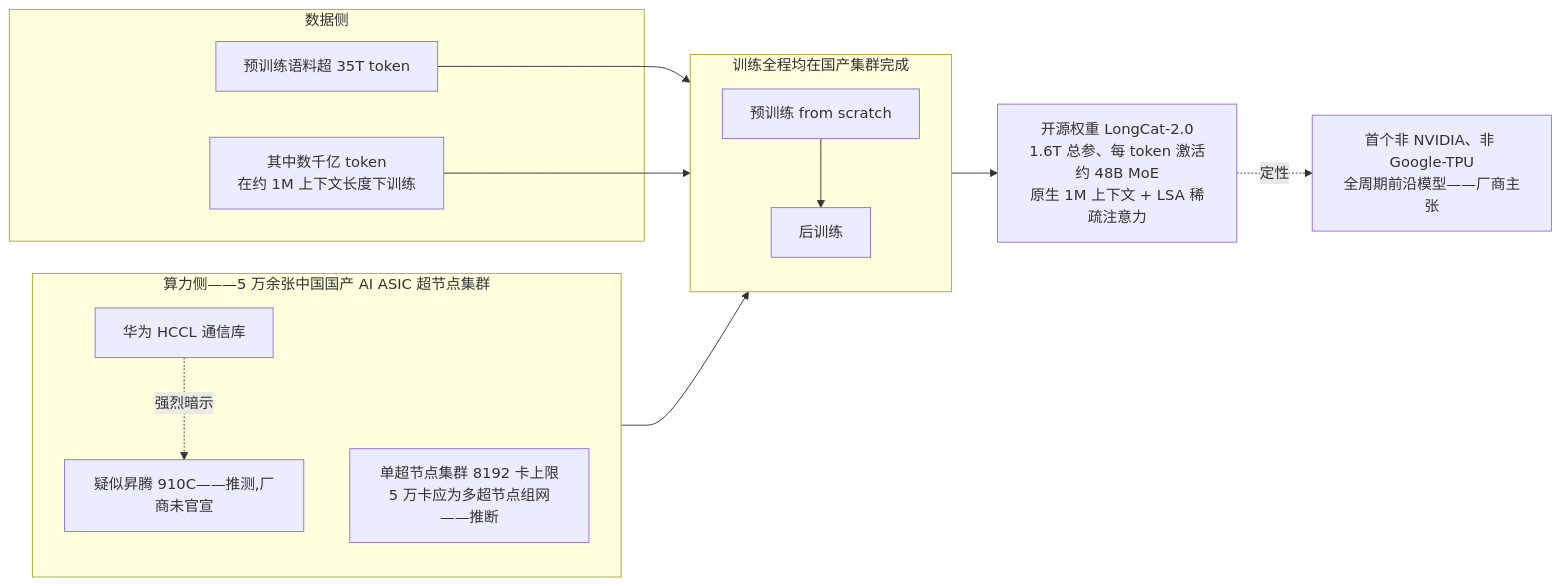
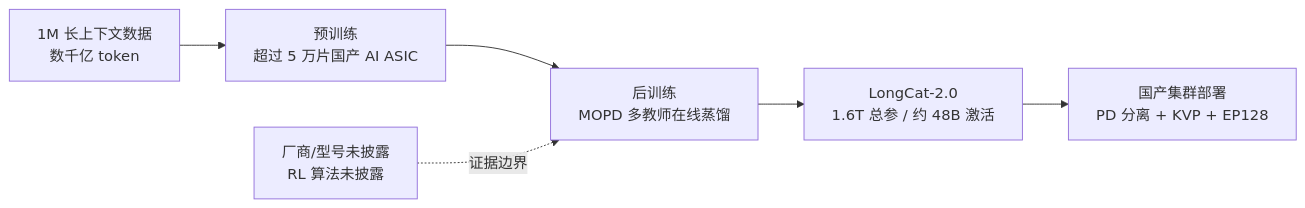
The first of 2 diagrams in docs/blog/dispatch-21-longcat-2.md (lloo099/mission44), drawn with Mermaid before and after one commit. The commit also changed other lines of this file and 14 other files, not shown here.

````diff
--- a/docs/blog/dispatch-21-longcat-2.md
+++ b/docs/blog/dispatch-21-longcat-2.md
@@ -19,25 +20,8 @@
 ```mermaid
 flowchart LR
-    subgraph DATA ["数据侧"]
-        D1["预训练语料超 35T token"]
-        D2["其中数千亿 token<br>在约 1M 上下文长度下训练"]
-    end
-    subgraph HW ["算力侧——5 万余张中国国产 AI ASIC 超节点集群"]
-        H1["华为 HCCL 通信库"]
-        H2["疑似昇腾 910C——推测,厂商未官宣"]
-        H3["单超节点集群 8192 卡上限<br>5 万卡应为多超节点组网——推断"]
-        H1 -. "强烈暗示" .-> H2
-    end
-    subgraph TRAIN ["训练全程均在国产集群完成"]
-        T1["预训练 from scratch"]
-        T2["后训练"]
-        T1 --> T2
-    end
-    OUT["开源权重 LongCat-2.0<br>1.6T 总参、每 token 激活约 48B MoE<br>原生 1M 上下文 + LSA 稀疏注意力"]
-    CLAIM["首个非 NVIDIA、非 Google-TPU<br>全周期前沿模型——厂商主张"]
-    D1 --> TRAIN
-    D2 --> TRAIN
-    HW --> TRAIN
-    TRAIN --> OUT
-    OUT -. "定性" .-> CLAIM
+    DATA["1M 长上下文数据<br>数千亿 token"] --> PRE["预训练<br>超过 5 万片国产 AI ASIC"]
+    PRE --> POST["后训练<br>MOPD 多教师在线蒸馏"]
+    POST --> MODEL["LongCat-2.0<br>1.6T 总参 / 约 48B 激活"]
+    MODEL --> SERVE["国产集群部署<br>PD 分离 + KVP + EP128"]
+    NOTE["厂商/型号未披露<br>RL 算法未披露"] -. "证据边界" .-> POST
 ```
````
